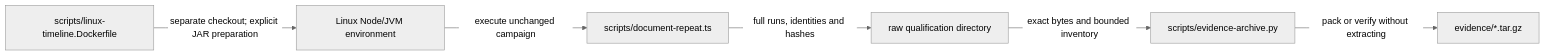
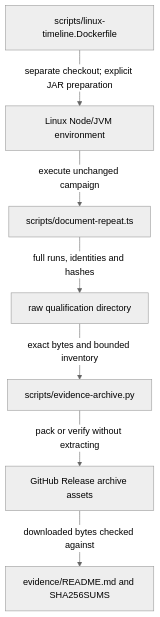
Before and after one commit to sproates/zooglass: diagram 22 of 22 in workbench/docs/source-map.md, drawn with Mermaid (neutral theme). The commit also changed 7 other files, not shown here.

Commit message:
Move timeline evidence archives to release assets

````diff
--- a/workbench/docs/source-map.md
+++ b/workbench/docs/source-map.md
@@ -659,8 +659,9 @@
 ```mermaid
-flowchart LR
+flowchart TB
   image["scripts/linux-timeline.Dockerfile"] -->|separate checkout; explicit JAR preparation| linux["Linux Node/JVM environment"]
   linux -->|execute unchanged campaign| campaign["scripts/document-repeat.ts"]
   campaign -->|full runs, identities and hashes| raw["raw qualification directory"]
   raw -->|exact bytes and bounded inventory| archive["scripts/evidence-archive.py"]
-  archive -->|pack or verify without extracting| retained["evidence/*.tar.gz"]
+  archive -->|pack or verify without extracting| retained["GitHub Release archive assets"]
+  retained -->|downloaded bytes checked against| hashes["evidence/README.md and SHA256SUMS"]
 ```
````
